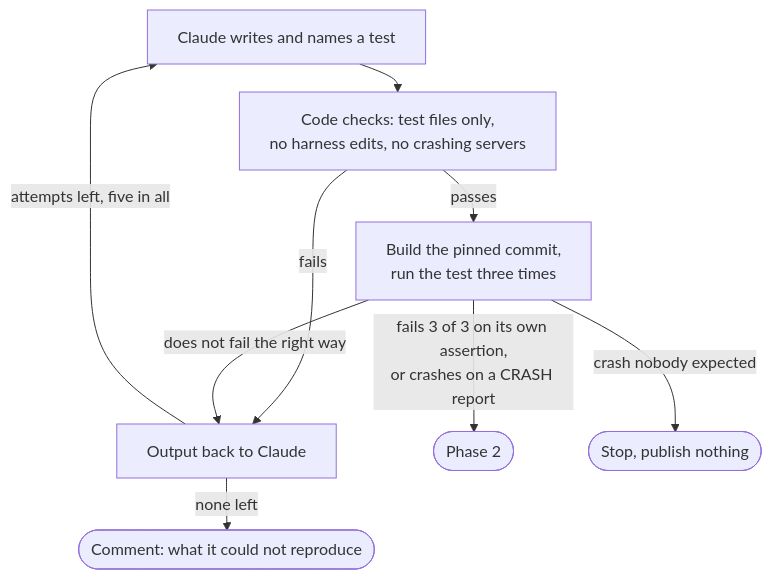
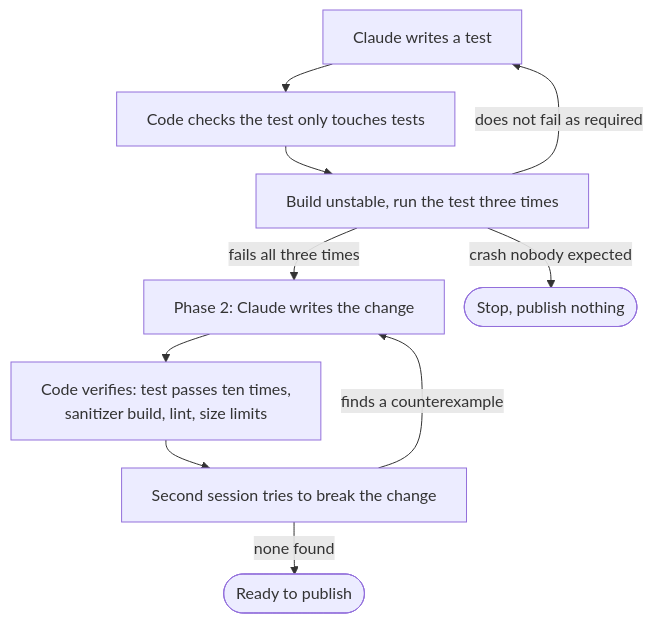
Before and after one commit to sarthakaggarwal97/valkey-ci-agent: the second of 4 diagrams in docs/design/software-factory.md, drawn with Mermaid. The commit also changed other lines of this file, not shown here.

````diff
--- a/docs/design/software-factory.md
+++ b/docs/design/software-factory.md
@@ -86,12 +109,13 @@
 ```mermaid
 %%{init: {"flowchart": {"nodeSpacing": 20, "rankSpacing": 28, "wrappingWidth": 360}}}%%
 flowchart TD
-    A["Claude writes and names a test"] --> B["Code checks: test files only,<br/>no harness edits, no crashing servers"]
-    B -->|"passes"| C["Build the pinned commit,<br/>run the test three times"]
-    B -->|"fails"| R["Output back to Claude"]
-    C -->|"does not fail the right way"| R
-    R -->|"attempts left, five in all"| A
-    R -->|"none left"| N(["Comment: what it could not reproduce"])
-    C -->|"fails 3 of 3 on its own assertion,<br/>or crashes on a CRASH report"| P2(["Phase 2"])
+    A["Claude writes a test"] --> B["Code checks the test only touches tests"]
+    B --> C["Build unstable, run the test three times"]
+    C -->|"does not fail as required"| A
+    C -->|"fails all three times"| P2["Phase 2: Claude writes the change"]
     C -->|"crash nobody expected"| S(["Stop, publish nothing"])
+    P2 --> V["Code verifies: test passes ten times,<br/>sanitizer build, lint, size limits"]
+    V --> R["Second session tries to break the change"]
+    R -->|"finds a counterexample"| P2
+    R -->|"none found"| OK(["Ready to publish"])
 ```
````
